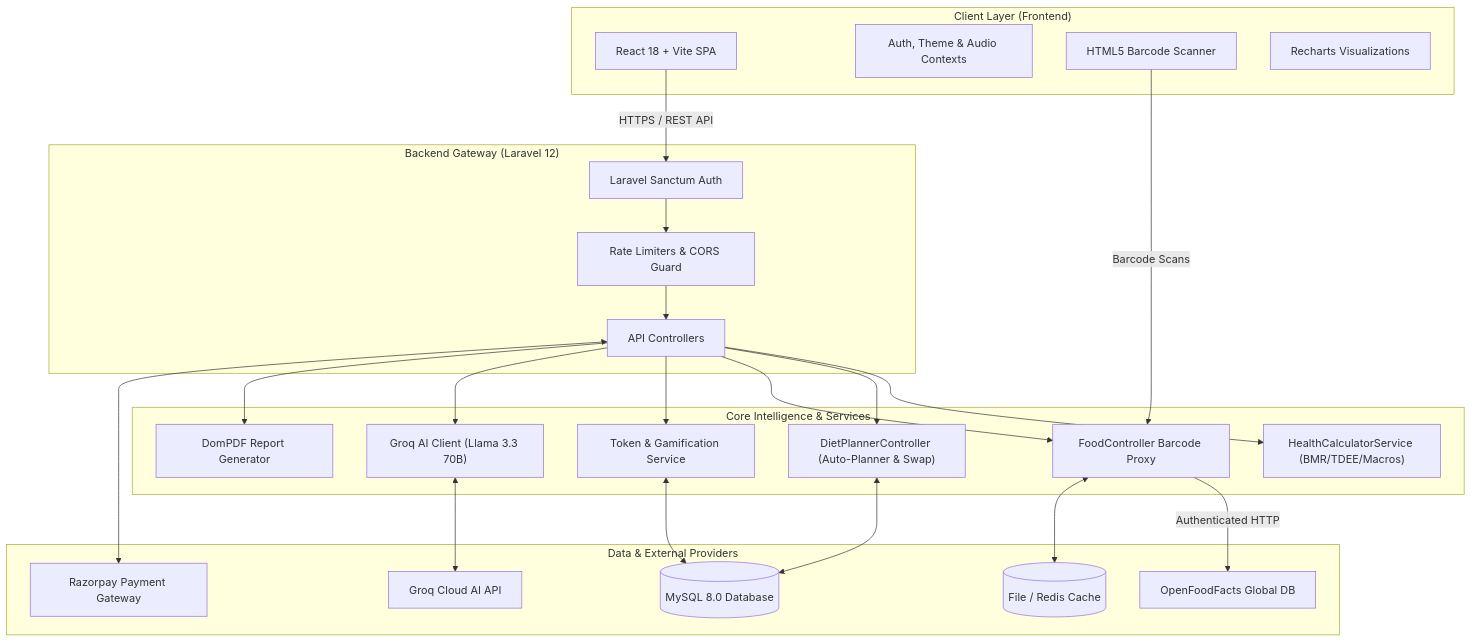
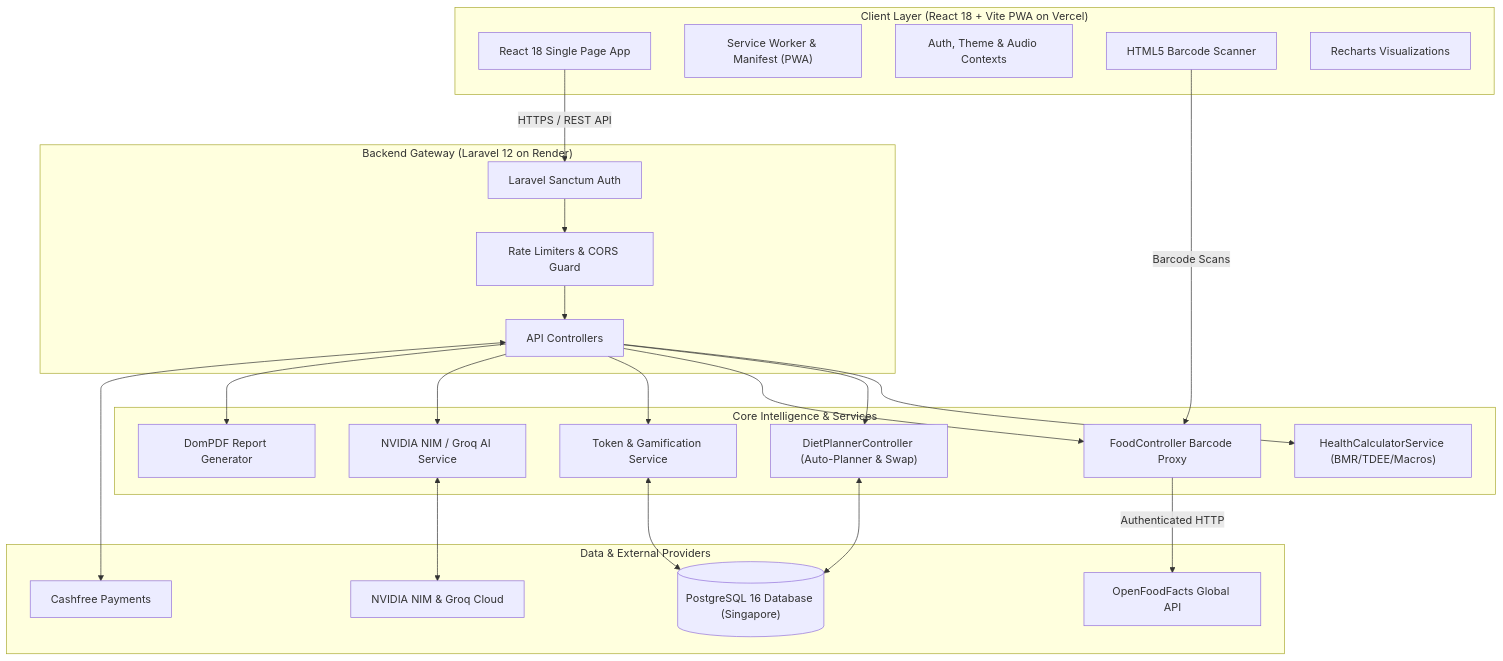
Before and after one commit to Ankit8810770036/D-N: the diagram in README.md, drawn with Mermaid. The commit also changed other lines of this file and 4 other files, not shown here.

````diff
--- a/README.md
+++ b/README.md
@@ -65,51 +80,50 @@
 ```mermaid
 flowchart TD
-    subgraph ClientLayer ["Client Layer (Frontend)"]
-        SPA["React 18 + Vite SPA"]
+    subgraph ClientLayer ["Client Layer (React 18 + Vite PWA on Vercel)"]
+        SPA["React 18 Single Page App"]
+        PWA["Service Worker & Manifest (PWA)"]
         Contexts["Auth, Theme & Audio Contexts"]
         Scanner["HTML5 Barcode Scanner"]
         Charts["Recharts Visualizations"]
     end
 
-    subgraph APIGateway ["Backend Gateway (Laravel 12)"]
+    subgraph APIGateway ["Backend Gateway (Laravel 12 on Render)"]
         Sanctum["Laravel Sanctum Auth"]
         Throttle["Rate Limiters & CORS Guard"]
         Controllers["API Controllers"]
     end
 
     subgraph ServicesLayer ["Core Intelligence & Services"]
         CalcEngine["HealthCalculatorService (BMR/TDEE/Macros)"]
         MealEngine["DietPlannerController (Auto-Planner & Swap)"]
         BarcodeProxy["FoodController Barcode Proxy"]
         TokenService["Token & Gamification Service"]
-        GroqService["Groq AI Client (Llama 3.3 70B)"]
+        AIService["NVIDIA NIM / Groq AI Service"]
         PDFService["DomPDF Report Generator"]
     end
 
     subgraph DataLayer ["Data & External Providers"]
-        MySQL[("MySQL 8.0 Database")]
-        CacheStore[("File / Redis Cache")]
-        OpenFoodFacts["OpenFoodFacts Global DB"]
-        Razorpay["Razorpay Payment Gateway"]
-        GroqCloud["Groq Cloud AI API"]
+        PostgreSQL[("PostgreSQL 16 Database (Singapore)")]
+        OpenFoodFacts["OpenFoodFacts Global API"]
+        Cashfree["Cashfree Payments"]
+        AICloud["NVIDIA NIM & Groq Cloud"]
     end
 
     SPA -->|HTTPS / REST API| Sanctum
     Scanner -->|Barcode Scans| BarcodeProxy
     Sanctum --> Throttle
     Throttle --> Controllers
 
     Controllers --> CalcEngine
     Controllers --> MealEngine
     Controllers --> BarcodeProxy
     Controllers --> TokenService
-    Controllers --> GroqService
+    Controllers --> AIService
     Controllers --> PDFService
 
-    MealEngine <--> MySQL
-    TokenService <--> MySQL
+    MealEngine <--> PostgreSQL
+    TokenService <--> PostgreSQL
     BarcodeProxy -->|Authenticated HTTP| OpenFoodFacts
-    BarcodeProxy <--> CacheStore
-    GroqService <--> GroqCloud
-    Controllers <--> Razorpay
+    AIService <--> AICloud
+    Controllers <--> Cashfree
 ```
````
